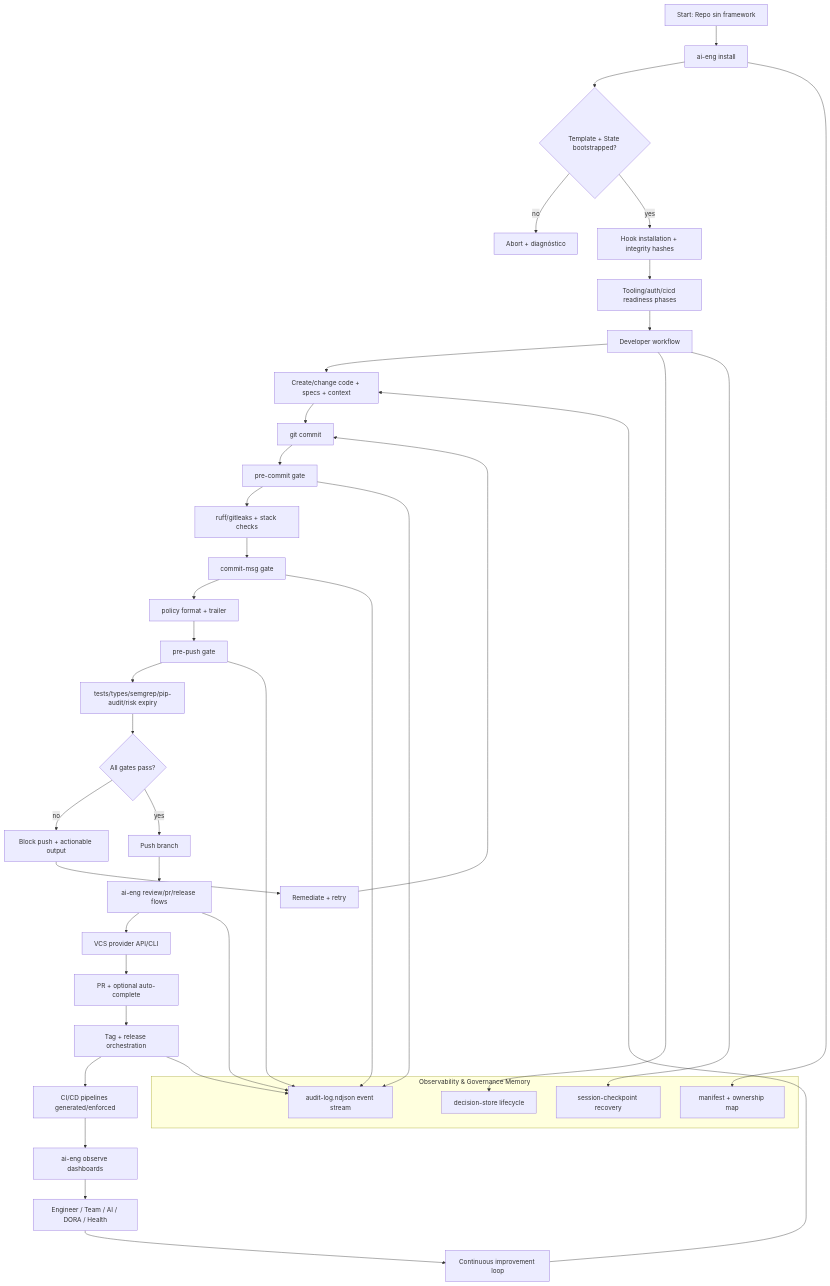
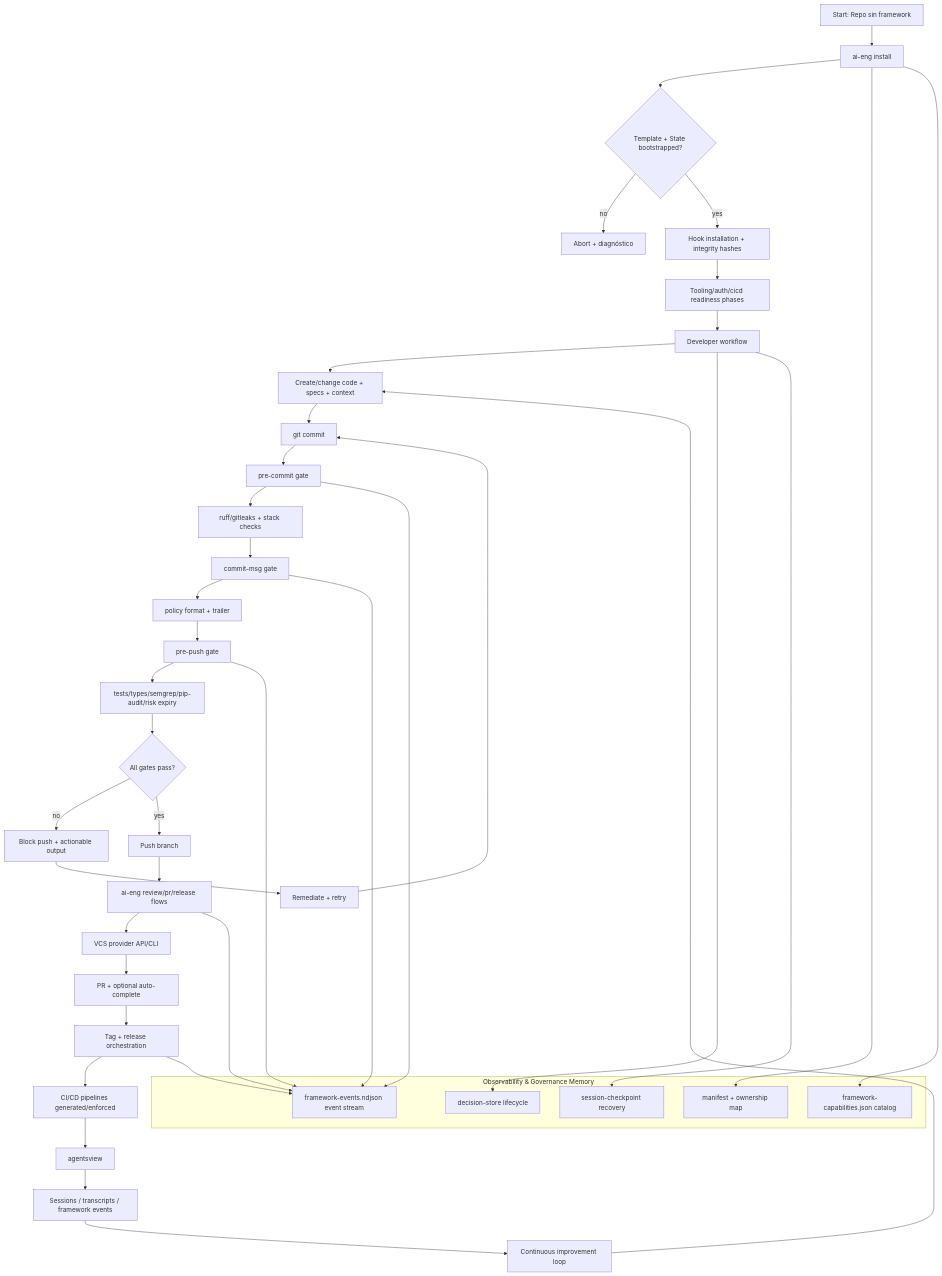
The sixth of 6 diagrams in docs/ai-engineering-auditoria-diagramas.md (arcasilesgroup/ai-engineering), drawn with Mermaid before and after one commit. The commit also changed other lines of this file and 679 other files, not shown here.

````diff
--- a/docs/ai-engineering-auditoria-diagramas.md
+++ b/docs/ai-engineering-auditoria-diagramas.md
@@ -250,51 +253,53 @@
 ```mermaid
 flowchart TD
     A[Start: Repo sin framework] --> B[ai-eng install]
     B --> C{Template + State bootstrapped?}
     C -- no --> X1[Abort + diagnóstico]
     C -- yes --> D[Hook installation + integrity hashes]
     D --> E[Tooling/auth/cicd readiness phases]
     E --> F[Developer workflow]
 
     F --> G[Create/change code + specs + context]
     G --> H[git commit]
     H --> I[pre-commit gate]
     I --> I1[ruff/gitleaks + stack checks]
     I1 --> J[commit-msg gate]
     J --> J1[policy format + trailer]
     J1 --> K[pre-push gate]
     K --> K1[tests/types/semgrep/pip-audit/risk expiry]
     K1 --> L{All gates pass?}
 
     L -- no --> M[Block push + actionable output]
     M --> N[Remediate + retry]
     N --> H
 
     L -- yes --> O[Push branch]
     O --> P[ai-eng review/pr/release flows]
     P --> Q[VCS provider API/CLI]
     Q --> R[PR + optional auto-complete]
     R --> S[Tag + release orchestration]
     S --> T[CI/CD pipelines generated/enforced]
 
     subgraph Observability & Governance Memory
-      U1[audit-log.ndjson event stream]
+      U1[framework-events.ndjson event stream]
+      U5[framework-capabilities.json catalog]
       U2[decision-store lifecycle]
       U3[session-checkpoint recovery]
       U4[manifest + ownership map]
     end
 
     I --> U1
     J --> U1
     K --> U1
     P --> U1
     S --> U1
     B --> U4
+    B --> U5
     F --> U2
     F --> U3
 
-    T --> V[ai-eng observe dashboards]
-    V --> W[Engineer / Team / AI / DORA / Health]
+    T --> V[agentsview]
+    V --> W[Sessions / transcripts / framework events]
     W --> Y[Continuous improvement loop]
     Y --> G
 ```
````
